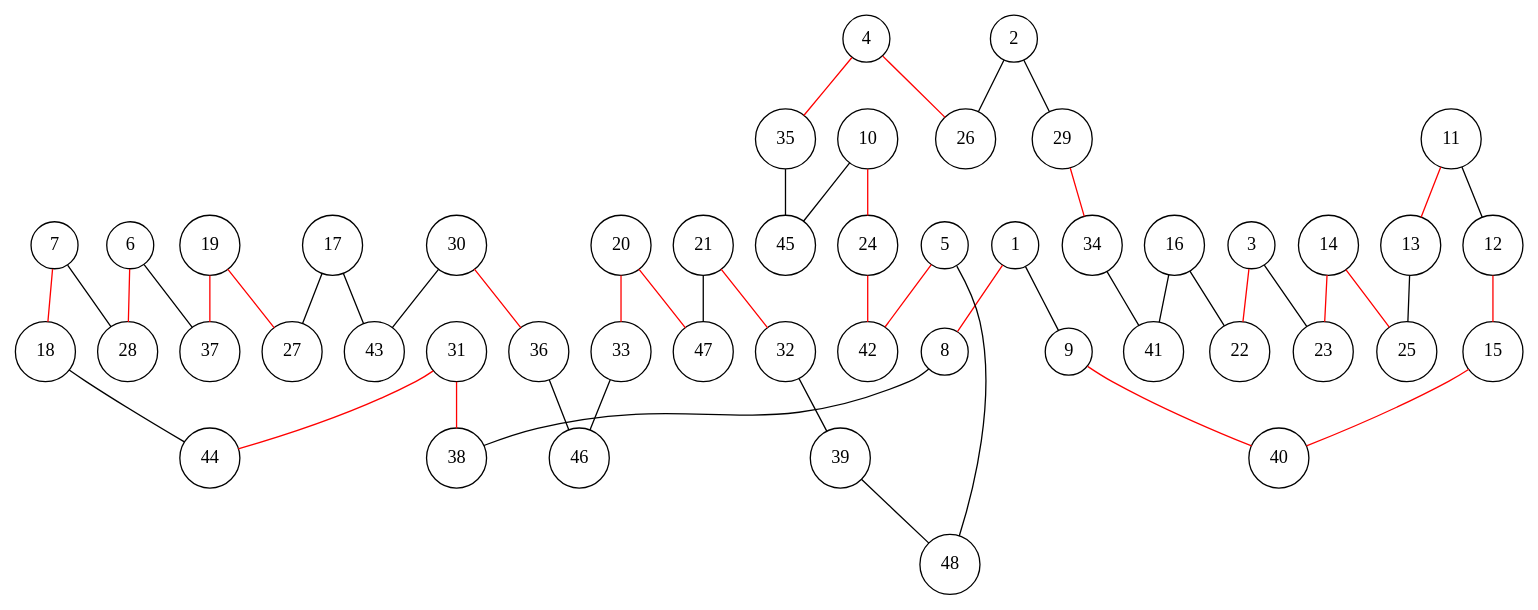
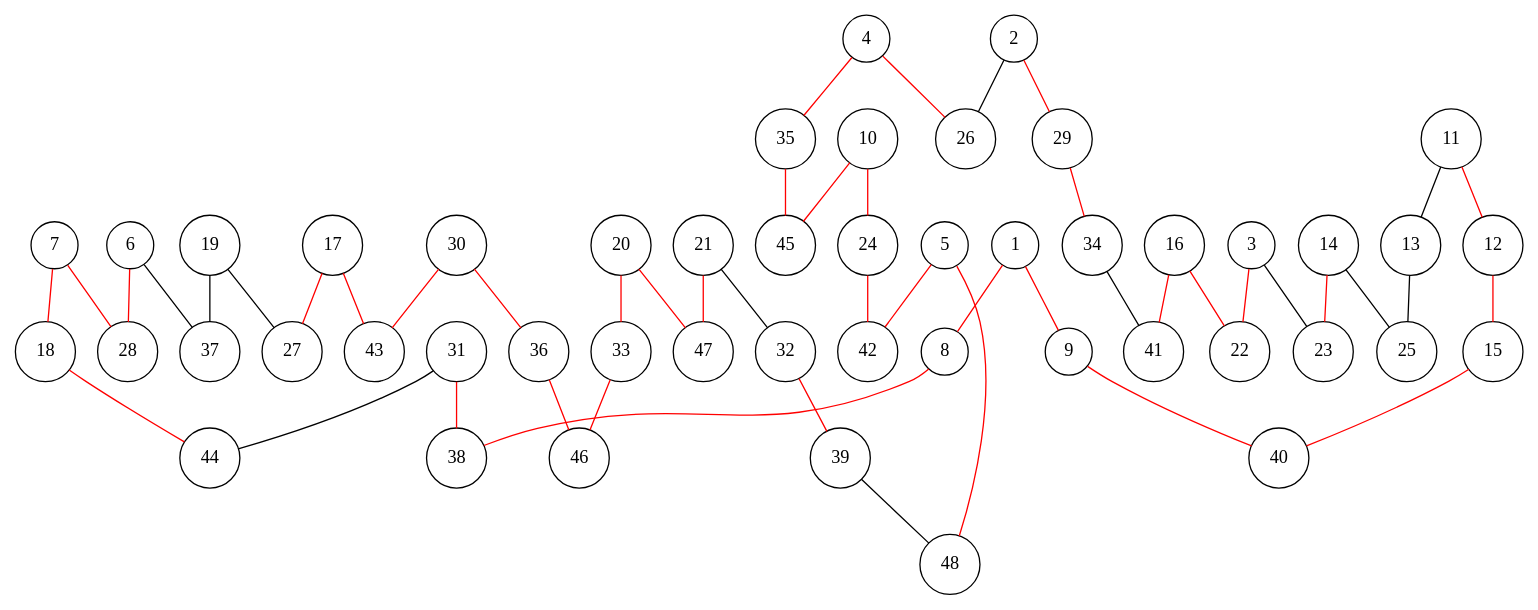
Before and after one commit to lugot/tsp-approximation: the diagram in data_tsplib/att48/att48.7.dot, drawn with Graphviz. The commit also changed 38 other files, not shown here.

```diff
--- a/data_tsplib/att48/att48.7.dot
+++ b/data_tsplib/att48/att48.7.dot
@@ -1,100 +1,100 @@
 graph att48 {
 	node [shape=circle fillcolor=white]
 	1 [ pos = "17.351198,3.743880!"]
 	2 [ pos = "5.753672,0.025767!"]
 	3 [ pos = "14.248905,3.669157!"]
 	4 [ pos = "1.033239,2.166967!"]
 	5 [ pos = "7.941252,4.236022!"]
 	6 [ pos = "19.603195,11.486730!"]
 	7 [ pos = "19.513012,9.574852!"]
 	8 [ pos = "18.719402,3.267199!"]
 	9 [ pos = "17.773770,4.856996!"]
 	10 [ pos = "2.865241,5.279567!"]
 	11 [ pos = "14.089152,6.714764!"]
 	12 [ pos = "15.431590,7.402731!"]
 	13 [ pos = "12.125741,6.889977!"]
 	14 [ pos = "11.883535,5.243494!"]
 	15 [ pos = "16.354032,6.913167!"]
 	16 [ pos = "15.735635,1.723783!"]
 	17 [ pos = "19.610925,13.357382!"]
 	18 [ pos = "19.227003,9.250193!"]
 	19 [ pos = "19.922700,12.169544!"]
 	20 [ pos = "15.202267,9.175470!"]
 	21 [ pos = "11.551147,8.680752!"]
 	22 [ pos = "15.720175,2.860088!"]
 	23 [ pos = "13.396032,5.622262!"]
 	24 [ pos = "4.207678,7.237825!"]
 	25 [ pos = "11.097655,5.982994!"]
 	26 [ pos = "1.739242,2.592115!"]
 	27 [ pos = "19.466632,12.416903!"]
 	28 [ pos = "19.430559,10.257666!"]
 	29 [ pos = "8.186035,1.947952!"]
 	30 [ pos = "18.943571,11.610410!"]
 	31 [ pos = "19.440866,7.217212!"]
 	32 [ pos = "8.361247,8.515846!"]
 	33 [ pos = "16.557588,8.175728!"]
 	34 [ pos = "11.873229,3.086833!"]
 	35 [ pos = "0.059263,5.709869!"]
 	36 [ pos = "18.675599,9.737181!"]
 	37 [ pos = "20.000000,11.839732!"]
 	38 [ pos = "19.046637,5.782015!"]
 	39 [ pos = "8.977068,7.289358!"]
 	40 [ pos = "16.158207,5.501159!"]
 	41 [ pos = "12.844628,0.360732!"]
 	42 [ pos = "4.936872,4.042772!"]
 	43 [ pos = "18.758052,12.623035!"]
 	44 [ pos = "19.348106,8.345787!"]
 	45 [ pos = "0.025767,6.895130!"]
 	46 [ pos = "17.539294,7.711930!"]
 	47 [ pos = "13.359959,8.394744!"]
 	48 [ pos = "7.789230,5.003865!"]
 
 	1 -- 8 [color = red]
-	1 -- 9 [color = black]
+	1 -- 9 [color = red]
 	2 -- 26 [color = black]
-	2 -- 29 [color = black]
+	2 -- 29 [color = red]
 	3 -- 22 [color = red]
 	3 -- 23 [color = black]
 	4 -- 26 [color = red]
 	4 -- 35 [color = red]
 	5 -- 42 [color = red]
-	5 -- 48 [color = black]
+	5 -- 48 [color = red]
 	6 -- 28 [color = red]
 	6 -- 37 [color = black]
 	7 -- 18 [color = red]
-	7 -- 28 [color = black]
-	8 -- 38 [color = black]
+	7 -- 28 [color = red]
+	8 -- 38 [color = red]
 	9 -- 40 [color = red]
 	10 -- 24 [color = red]
-	10 -- 45 [color = black]
-	11 -- 12 [color = black]
-	11 -- 13 [color = red]
+	10 -- 45 [color = red]
+	11 -- 12 [color = red]
+	11 -- 13 [color = black]
 	12 -- 15 [color = red]
 	13 -- 25 [color = black]
 	14 -- 23 [color = red]
-	14 -- 25 [color = red]
+	14 -- 25 [color = black]
 	15 -- 40 [color = red]
-	16 -- 22 [color = black]
-	16 -- 41 [color = black]
-	17 -- 27 [color = black]
-	17 -- 43 [color = black]
-	18 -- 44 [color = black]
-	19 -- 27 [color = red]
-	19 -- 37 [color = red]
+	16 -- 22 [color = red]
+	16 -- 41 [color = red]
+	17 -- 27 [color = red]
+	17 -- 43 [color = red]
+	18 -- 44 [color = red]
+	19 -- 27 [color = black]
+	19 -- 37 [color = black]
 	20 -- 33 [color = red]
 	20 -- 47 [color = red]
-	21 -- 32 [color = red]
-	21 -- 47 [color = black]
+	21 -- 32 [color = black]
+	21 -- 47 [color = red]
 	24 -- 42 [color = red]
 	29 -- 34 [color = red]
 	30 -- 36 [color = red]
-	30 -- 43 [color = black]
+	30 -- 43 [color = red]
 	31 -- 38 [color = red]
-	31 -- 44 [color = red]
-	32 -- 39 [color = black]
-	33 -- 46 [color = black]
+	31 -- 44 [color = black]
+	32 -- 39 [color = red]
+	33 -- 46 [color = red]
 	34 -- 41 [color = black]
-	35 -- 45 [color = black]
-	36 -- 46 [color = black]
+	35 -- 45 [color = red]
+	36 -- 46 [color = red]
 	39 -- 48 [color = black]
 }
```
